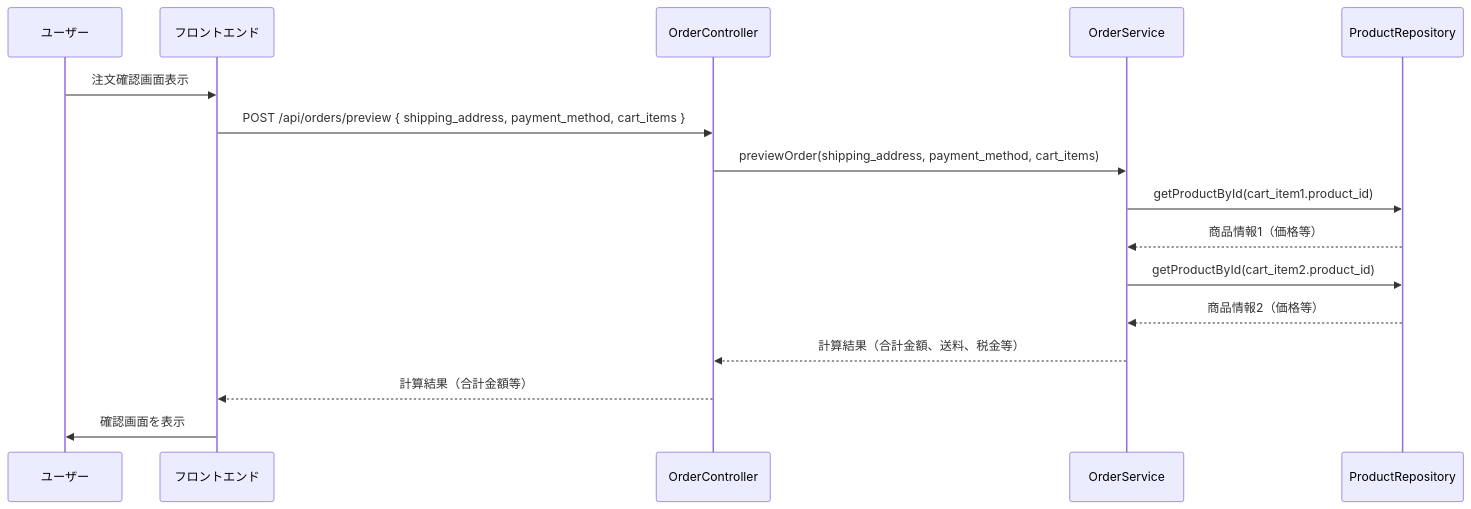
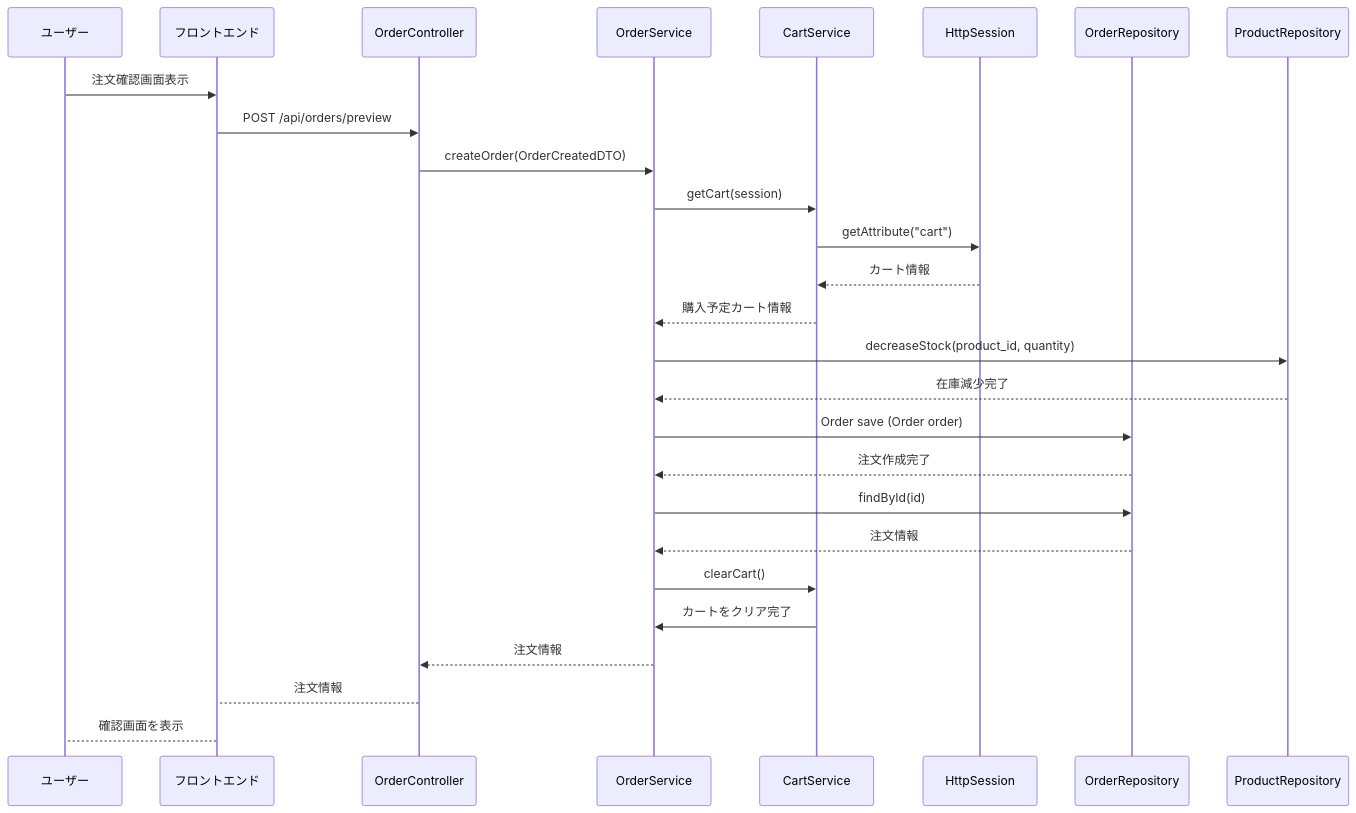
Before and after one commit to Aoi-Yaegashi/teamF: the seventh of 35 diagrams in 詳細設計/担当B_村田/3.2 機能詳細.md, drawn with Mermaid. The commit also changed other lines of this file and 1 other file, not shown here.

```diff
--- a/詳細設計/担当B_村田/3.2 機能詳細.md
+++ b/詳細設計/担当B_村田/3.2 機能詳細.md
@@ -296,33 +261,44 @@
 <div class="mermaid">
 sequenceDiagram
     participant User as ユーザー
     participant FE as フロントエンド
     participant OrderC as OrderController
     participant OrderS as OrderService
-    participant ProdRepo as ProductRepository
+    participant CartS as CartService
+    participant CartRepo as HttpSession
+    participant OrderRepo as OrderRepository
+    participant ProductRepo as ProductRepository
 
     %% 1. ユーザーが注文確認画面を表示
     User->>FE: 注文確認画面表示
 
     %% 2. フロントエンドがAPI呼び出し
-    FE->>OrderC: POST /api/orders/preview { shipping_address, payment_method, cart_items }
+    FE->>OrderC: POST /api/orders/preview
 
-    %% 3. コントローラがサービスに処理を依頼
-    OrderC->>OrderS: previewOrder(shipping_address, payment_method, cart_items)
+    %% 3. カート情報を取得
+    OrderC->>OrderS: createOrder(OrderCreatedDTO)
+    OrderS->>CartS: getCart(session)
+    CartS->>CartRepo: getAttribute("cart")
+    CartRepo-->>CartS:カート情報
+    CartS-->>OrderS: 購入予定カート情報
 
-    %% 4. サービスが各カートアイテムの商品情報を取得し金額計算
-    OrderS->>ProdRepo: getProductById(cart_item1.product_id)
-    ProdRepo-->>OrderS: 商品情報1（価格等）
-    OrderS->>ProdRepo: getProductById(cart_item2.product_id)
-    ProdRepo-->>OrderS: 商品情報2（価格等）
-    %% 必要なカートアイテム数だけ繰り返し
+    %% 4. 在庫減少
+    OrderS->>ProductRepo: decreaseStock(product_id, quantity)
+    ProductRepo-->>OrderS: 在庫減少完了
 
-    %% 5. サービスが合計金額等を計算
-    OrderS-->>OrderC: 計算結果（合計金額、送料、税金等）
+    %% 5. 注文作成処理
+    OrderS->>OrderRepo: Order save (Order order)
+    OrderRepo-->>OrderS:注文作成完了
 
-    %% 6. コントローラがフロントエンドに返却
-    OrderC-->>FE: 計算結果（合計金額等）
+    %% 6. 注文情報を取得
+    OrderS->>OrderRepo: findById(id)
+    OrderRepo-->>OrderS:注文情報
 
-    %% 7. フロントエンドが確認画面を表示
-    FE->>User: 確認画面を表示
+    %% 7. カートをクリア
+    OrderS->>CartS: clearCart()
+    CartS->>OrderS: カートをクリア完了
+
+    OrderS-->>OrderC:注文情報
+    OrderC-->FE: 注文情報
+    FE-->User: 確認画面を表示
 </div>
```
